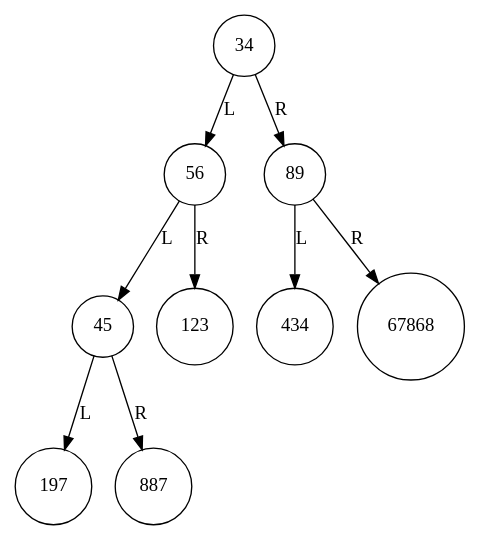
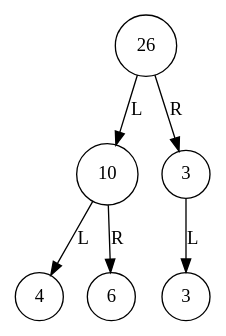
One commit to santakdalai90/golangdsa changed the diagram in datastructures/binarytree/tree.dot. Above: the diagram before and after it, drawn with Graphviz. The commit also changed 7 other files, not shown here.

```diff
--- a/datastructures/binarytree/tree.dot
+++ b/datastructures/binarytree/tree.dot
@@ -1,20 +1,14 @@
 digraph G {
   node [shape=circle];
-  node_0x14000112858 [label="34"];
-  node_0x14000112858 -> node_0x14000112870 [label="L"];
-  node_0x14000112870 [label="56"];
-  node_0x14000112870 -> node_0x14000112888 [label="L"];
-  node_0x14000112888 [label="45"];
-  node_0x14000112888 -> node_0x140001128a0 [label="L"];
-  node_0x140001128a0 [label="197"];
-  node_0x14000112888 -> node_0x140001128b8 [label="R"];
-  node_0x140001128b8 [label="887"];
-  node_0x14000112870 -> node_0x140001128d0 [label="R"];
-  node_0x140001128d0 [label="123"];
-  node_0x14000112858 -> node_0x140001128e8 [label="R"];
-  node_0x140001128e8 [label="89"];
-  node_0x140001128e8 -> node_0x14000112900 [label="L"];
-  node_0x14000112900 [label="434"];
-  node_0x140001128e8 -> node_0x14000112918 [label="R"];
-  node_0x14000112918 [label="67868"];
+  node_0xc00009a9f0 [label="26"];
+  node_0xc00009a9f0 -> node_0xc00009aa08 [label="L"];
+  node_0xc00009aa08 [label="10"];
+  node_0xc00009aa08 -> node_0xc00009aa38 [label="L"];
+  node_0xc00009aa38 [label="4"];
+  node_0xc00009aa08 -> node_0xc00009aa50 [label="R"];
+  node_0xc00009aa50 [label="6"];
+  node_0xc00009a9f0 -> node_0xc00009aa20 [label="R"];
+  node_0xc00009aa20 [label="3"];
+  node_0xc00009aa20 -> node_0xc00009aa68 [label="L"];
+  node_0xc00009aa68 [label="3"];
 }
```
